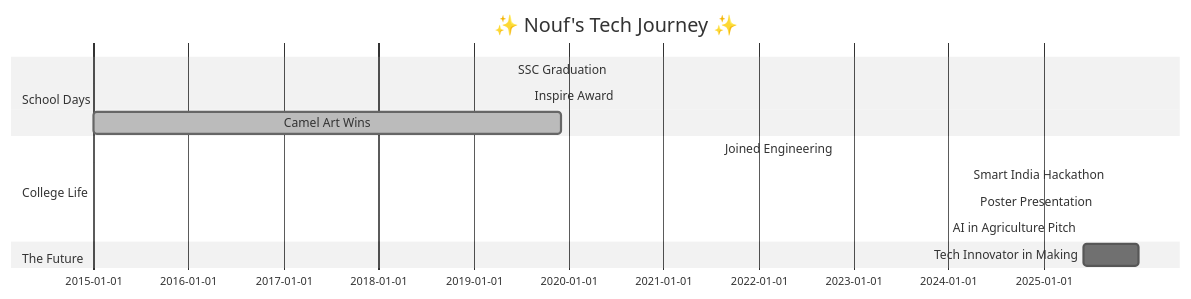
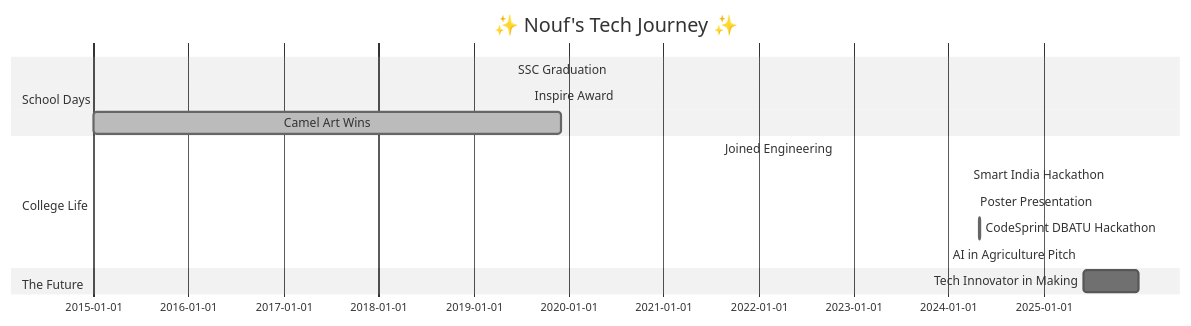
One commit to noufbamne/noufbamne changed the diagram in README.md. Above: the diagram before and after it, drawn with Mermaid (neutral theme). The commit also changed other lines of this file, not shown here.

````diff
--- a/README.md
+++ b/README.md
@@ -104,19 +122,20 @@
 ```mermaid
 gantt
 title ✨ Nouf's Tech Journey ✨
 dateFormat  YYYY-MM-DD
 
 section School Days
 SSC Graduation          :done, 2019-06-01, 1d
 Inspire Award            :done, 2019-08-01, 1d
 Camel Art Wins          :done, 2015-01-01, 2019-12-01
 
 section College Life
 Joined Engineering      :done, 2021-08-01, 1d
 Smart India Hackathon   :done, 2024-03-15, 1d
 Poster Presentation     :done, 2024-04-10, 1d
+CodeSprint DBATU Hackathon :done, 2024-04-28, 1d
 AI in Agriculture Pitch :done, 2025-05-25, 1d
 
 section The Future
 Tech Innovator in Making :2025-06-01, 2025-12-31
 ```
````
